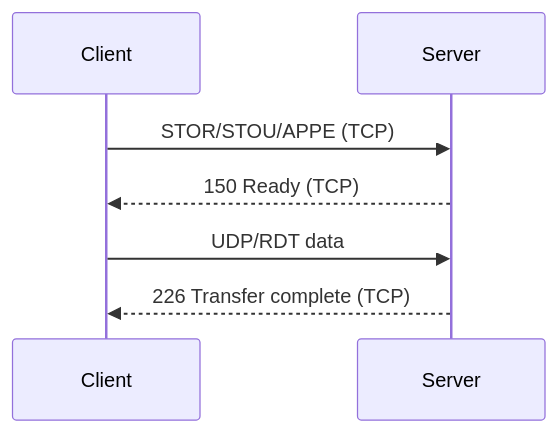
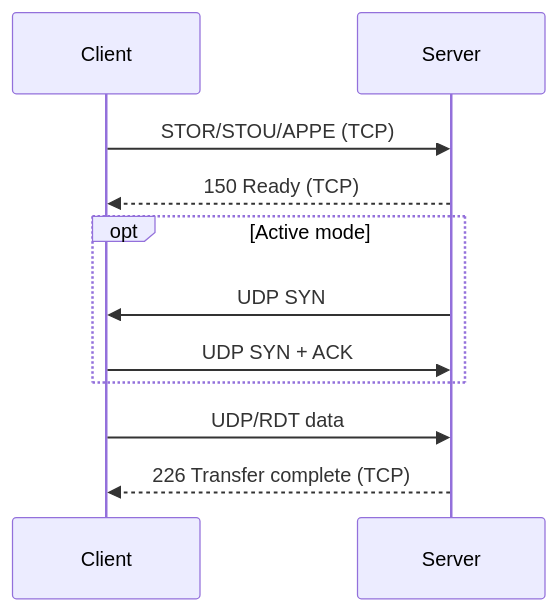
One commit to nguyenvuducduy97andrew-ai/ComputerNetwork_SocketProgramming changed the third of 3 diagrams in ARCHITECTURE.md. Above: the diagram before and after it, drawn with Mermaid. The commit also changed other lines of this file and 1 other file, not shown here.

````diff
--- a/ARCHITECTURE.md
+++ b/ARCHITECTURE.md
@@ -215,9 +223,13 @@
 ```mermaid
 sequenceDiagram
     participant C as Client
     participant S as Server
     C->>S: STOR/STOU/APPE (TCP)
     S-->>C: 150 Ready (TCP)
+    opt Active mode
+        S->>C: UDP SYN
+        C->>S: UDP SYN + ACK
+    end
     C->>S: UDP/RDT data
     S-->>C: 226 Transfer complete (TCP)
 ```
````
